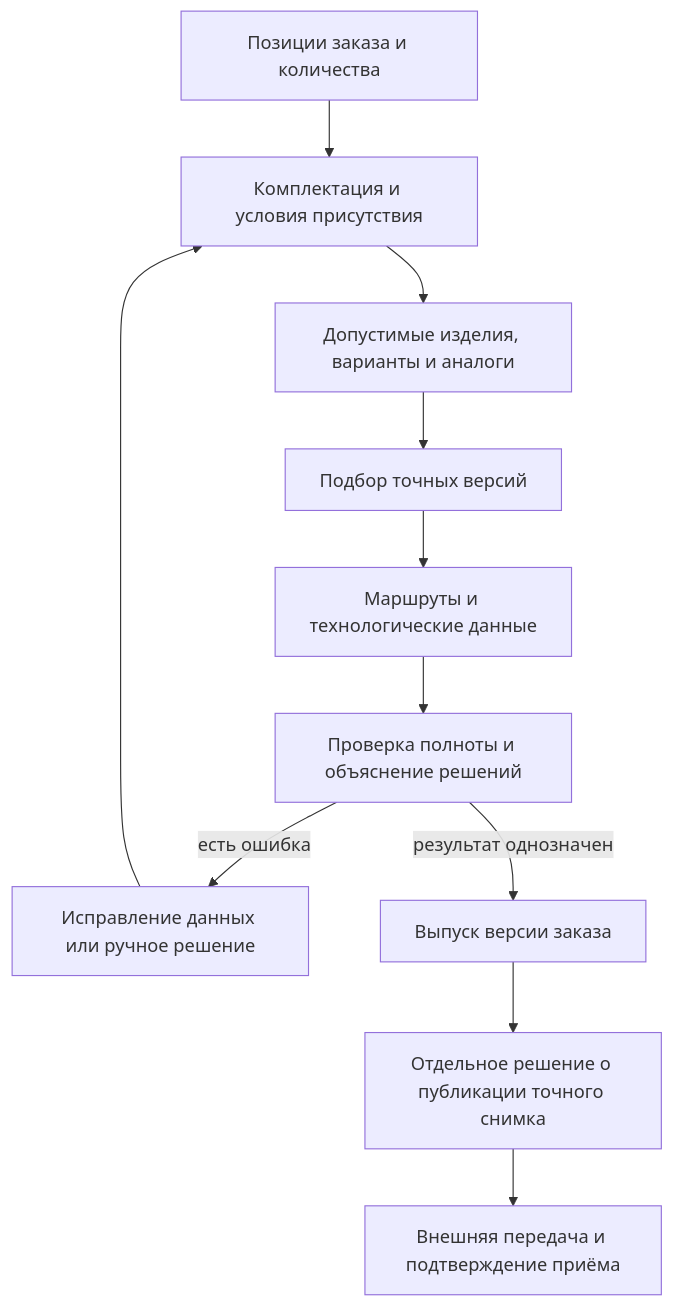
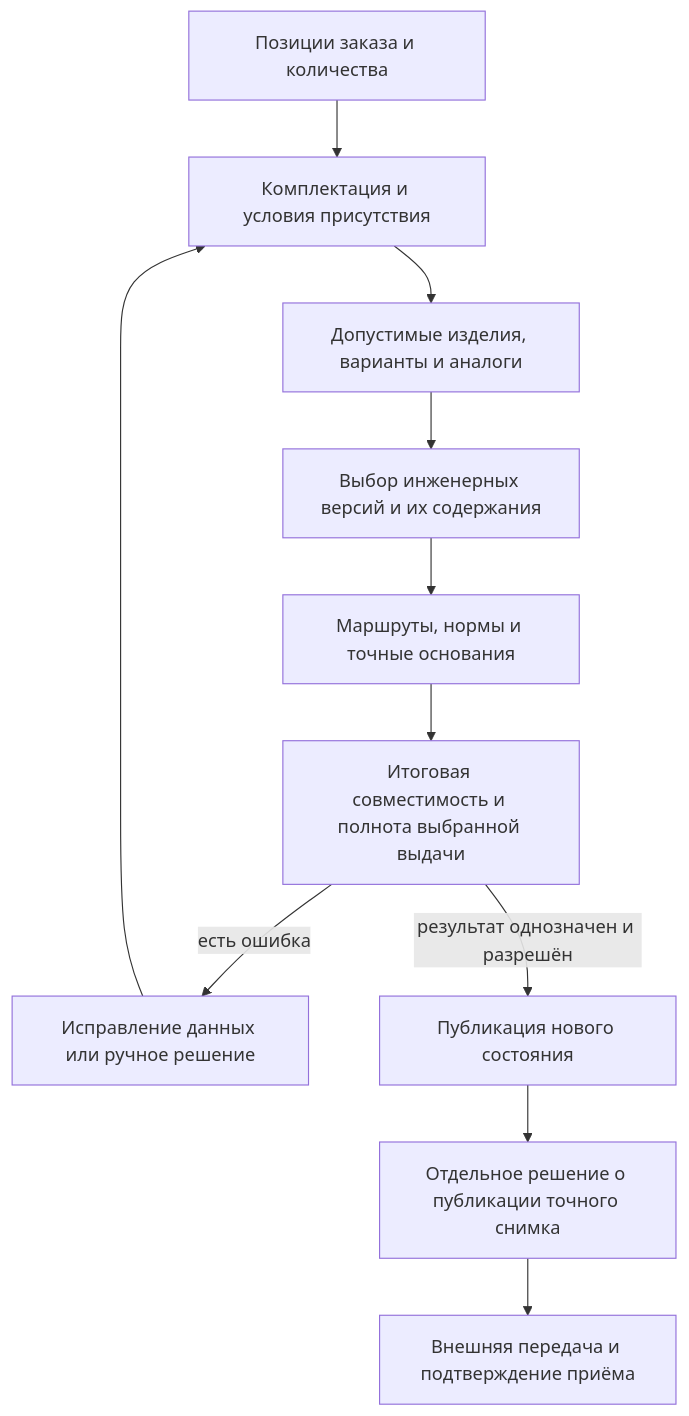
One commit to ZelAnton/Interlink-product-book changed the diagram in wiki/Order-production-composition.md. Above: the diagram before and after it, drawn with Mermaid. The commit also changed other lines of this file and 231 other files, not shown here.

````diff
--- a/wiki/Order-production-composition.md
+++ b/wiki/Order-production-composition.md
@@ -9,13 +11,13 @@
 ```mermaid
 flowchart TD
     A["Позиции заказа и количества"] --> B["Комплектация и условия присутствия"]
     B --> C["Допустимые изделия, варианты и аналоги"]
-    C --> D["Подбор точных версий"]
-    D --> E["Маршруты и технологические данные"]
-    E --> F["Проверка полноты и объяснение решений"]
+    C --> D["Выбор инженерных версий и их содержания"]
+    D --> E["Маршруты, нормы и точные основания"]
+    E --> F["Итоговая совместимость и полнота выбранной выдачи"]
     F -->|"есть ошибка"| G["Исправление данных или ручное решение"]
     G --> B
-    F -->|"результат однозначен"| H["Выпуск версии заказа"]
+    F -->|"результат однозначен и разрешён"| H["Публикация нового состояния"]
     H --> I["Отдельное решение о публикации точного снимка"]
     I --> J["Внешняя передача и подтверждение приёма"]
 ```
````
